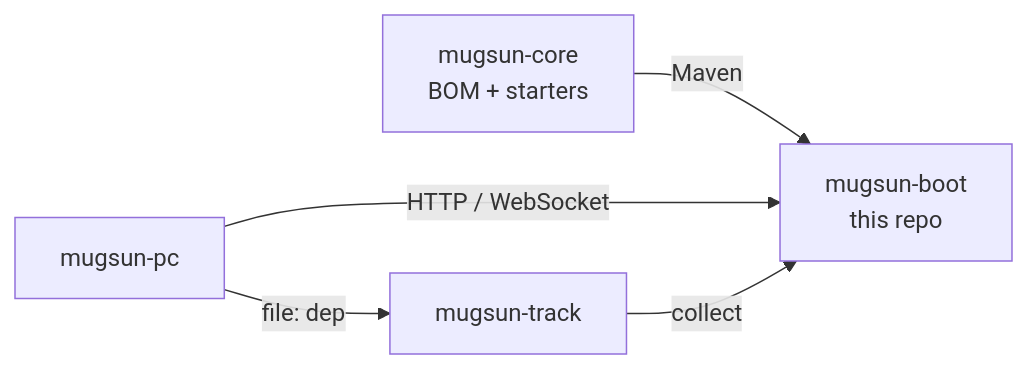
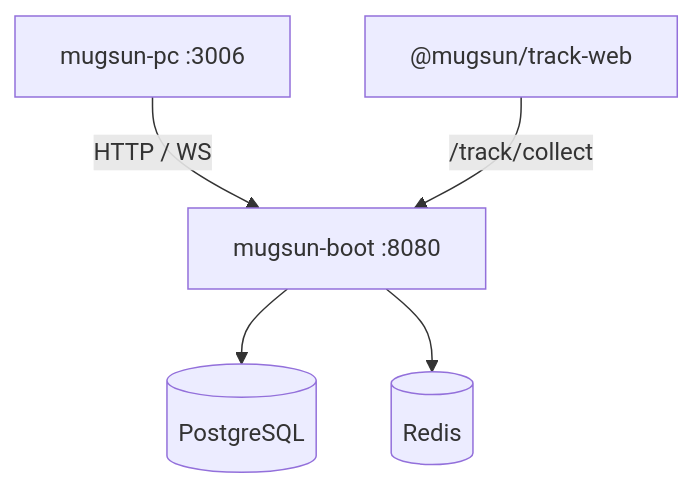
The diagram in README_EN.md (mugsun/mugsun-boot), drawn with Mermaid before and after one commit. The commit also changed other lines of this file and 1 other file, not shown here.

````diff
--- a/README_EN.md
+++ b/README_EN.md
@@ -90,7 +50,7 @@
 ```mermaid
-graph LR
-  CORE["mugsun-core<br/>BOM + starters"] -->|Maven| BOOT["mugsun-boot<br/>this repo"]
-  PC["mugsun-pc"] -->|HTTP / WebSocket| BOOT
-  TRACK["mugsun-track"] -->|collect| BOOT
-  PC -->|file: dep| TRACK
+flowchart TB
+  PC["mugsun-pc :3006"] -->|HTTP / WS| BOOT["mugsun-boot :8080"]
+  TRACK["@mugsun/track-web"] -->|/track/collect| BOOT
+  BOOT --> PG[("PostgreSQL")]
+  BOOT --> RD[("Redis")]
 ```
````
